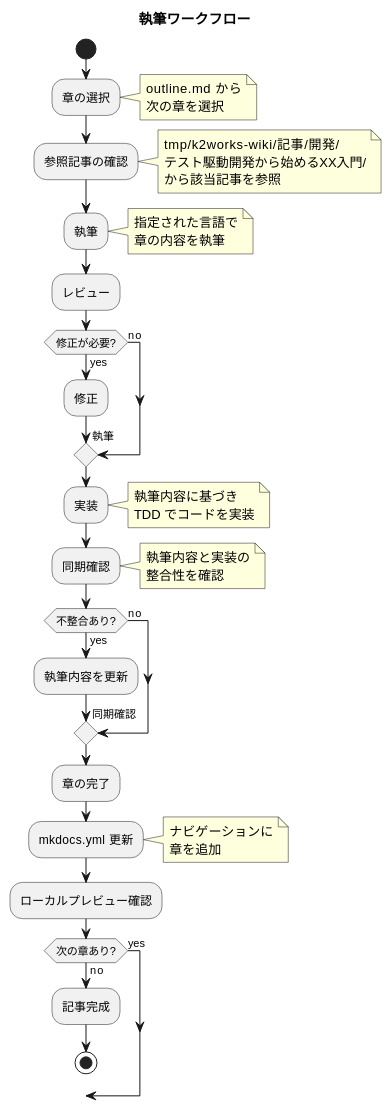
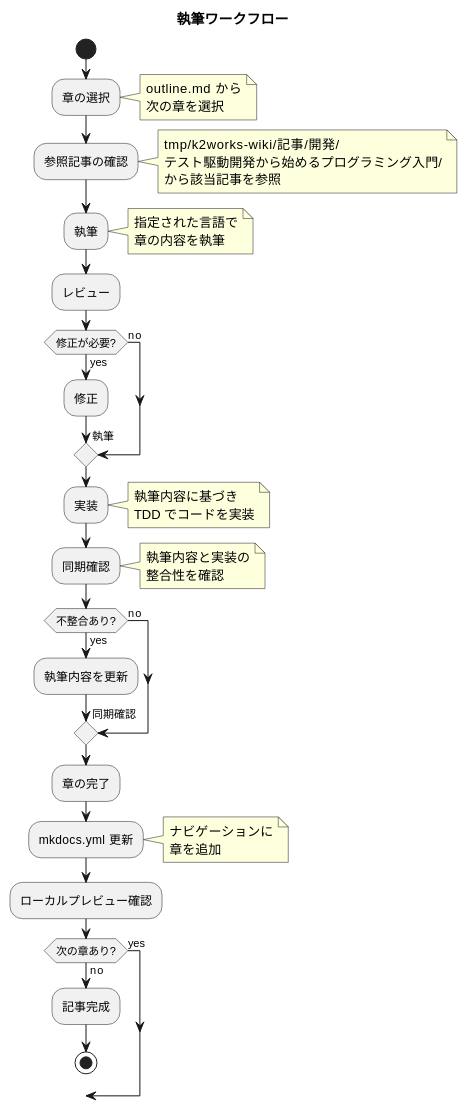
Before and after one commit to k2works/getting-started-tdd: the first of 3 diagrams in docs/article/workflow.md, drawn with PlantUML. The commit also changed other lines of this file and 54 other files, not shown here.

````diff
--- a/docs/article/workflow.md
+++ b/docs/article/workflow.md
@@ -9,70 +9,70 @@
 ```plantuml
 @startuml
 title 執筆ワークフロー
 
 start
 
 :章の選択;
 note right
   outline.md から
   次の章を選択
 end note
 
 :参照記事の確認;
 note right
   tmp/k2works-wiki/記事/開発/
-  テスト駆動開発から始めるXX入門/
+  テスト駆動開発から始めるプログラミング入門/
   から該当記事を参照
 end note
 
 :執筆;
 note right
   指定された言語で
   章の内容を執筆
 end note
 
 :レビュー;
 
 if (修正が必要?) then (yes)
   :修正;
   -> 執筆;
 else (no)
 endif
 
 :実装;
 note right
   執筆内容に基づき
   TDD でコードを実装
 end note
 
 :同期確認;
 note right
   執筆内容と実装の
   整合性を確認
 end note
 
 if (不整合あり?) then (yes)
   :執筆内容を更新;
   -> 同期確認;
 else (no)
 endif
 
 :章の完了;
 
 :mkdocs.yml 更新;
 note right
   ナビゲーションに
   章を追加
 end note
 
 :ローカルプレビュー確認;
 
 if (次の章あり?) then (yes)
   -> 章の選択;
 else (no)
   :記事完成;
   stop
 endif
 
 @enduml
 ```
````
